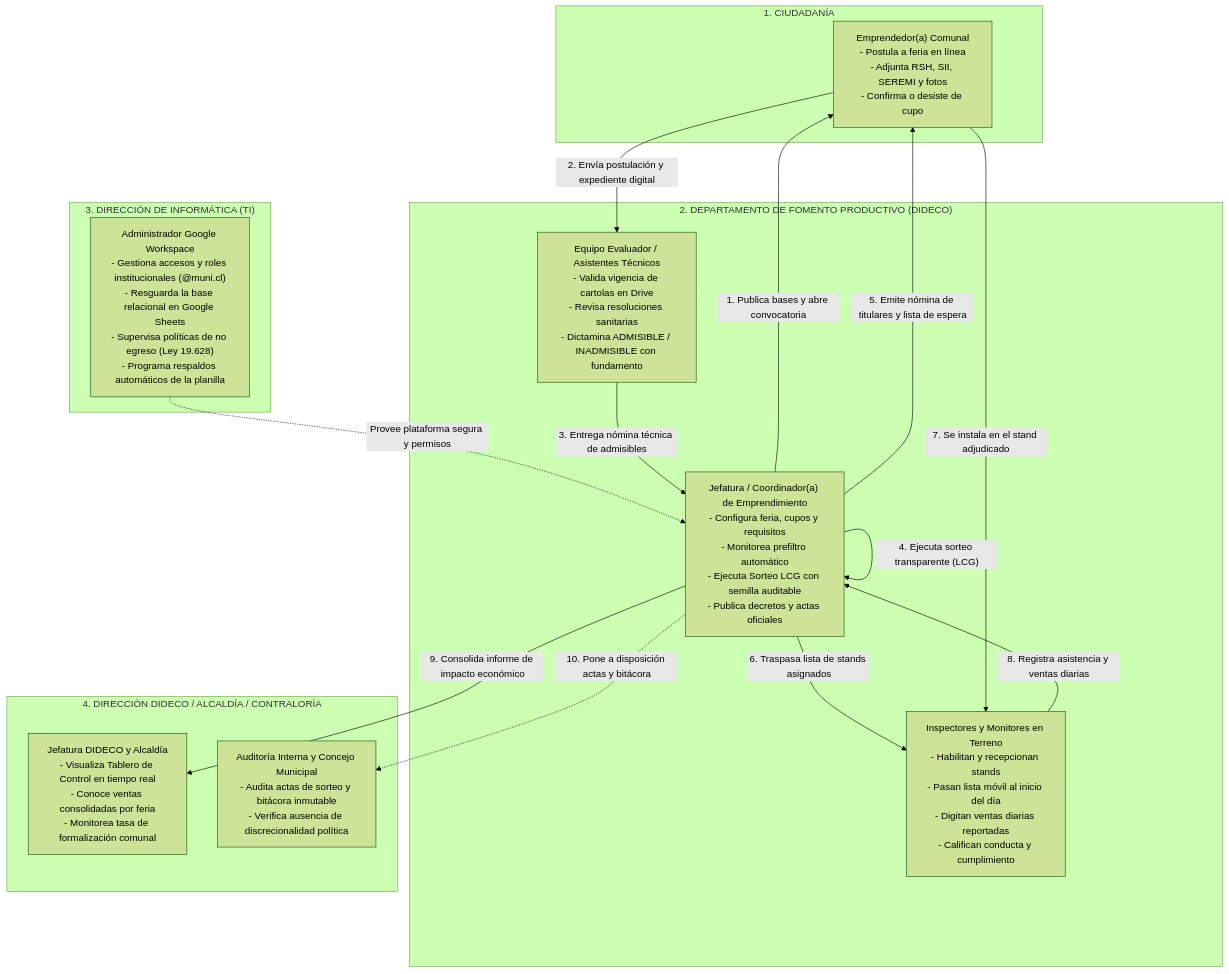
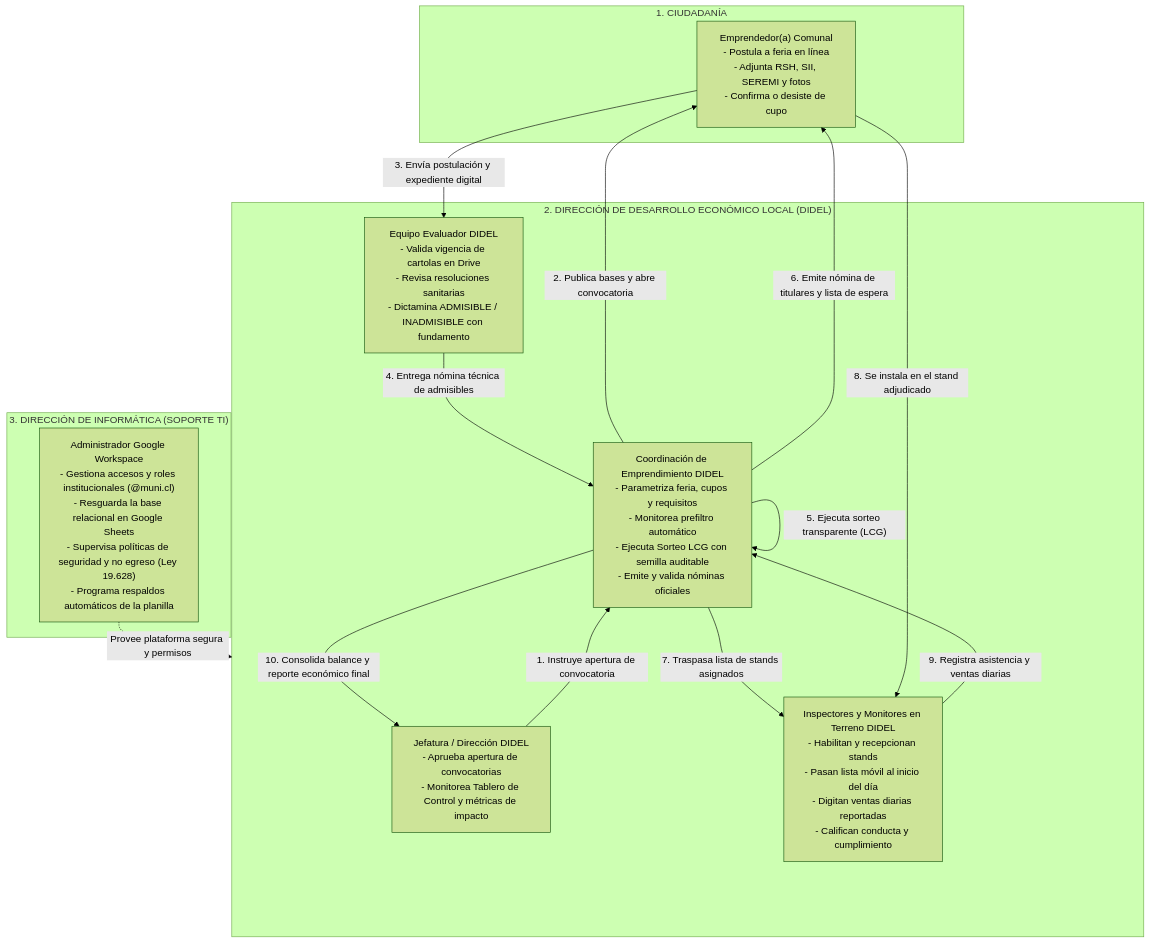
One commit to msegovia1/Proyecto-App-script-Emprendimiento changed the first of 2 diagrams in ENTREGA_INFORMATICA/05_ESPECIFICACION_FUNCIONAL_Y_ALCANCE_DEL_SISTEMA.md. Above: the diagram before and after it, drawn with Mermaid (forest theme). The commit also changed other lines of this file and 3 other files, not shown here.

Commit message:
refactor(docs): restringir alcance exclusivamente a DIDEL eliminando referencias a Alcaldia y Concejo

````diff
--- a/ENTREGA_INFORMATICA/05_ESPECIFICACION_FUNCIONAL_Y_ALCANCE_DEL_SISTEMA.md
+++ b/ENTREGA_INFORMATICA/05_ESPECIFICACION_FUNCIONAL_Y_ALCANCE_DEL_SISTEMA.md
@@ -184,34 +184,30 @@
 ```mermaid
 flowchart TD
     subgraph CIUDADANIA ["1. CIUDADANÍA"]
         C_POST["Emprendedor(a) Comunal<br/>- Postula a feria en línea<br/>- Adjunta RSH, SII, SEREMI y fotos<br/>- Confirma o desiste de cupo"]
     end
 
-    subgraph DEPARTAMENTO ["2. DEPARTAMENTO DE FOMENTO PRODUCTIVO (DIDECO)"]
-        D_COORD["Jefatura / Coordinador(a) de Emprendimiento<br/>- Configura feria, cupos y requisitos<br/>- Monitorea prefiltro automático<br/>- Ejecuta Sorteo LCG con semilla auditable<br/>- Publica decretos y actas oficiales"]
-        D_EVAL["Equipo Evaluador / Asistentes Técnicos<br/>- Valida vigencia de cartolas en Drive<br/>- Revisa resoluciones sanitarias<br/>- Dictamina ADMISIBLE / INADMISIBLE con fundamento"]
-        D_TERR["Inspectores y Monitores en Terreno<br/>- Habilitan y recepcionan stands<br/>- Pasan lista móvil al inicio del día<br/>- Digitan ventas diarias reportadas<br/>- Califican conducta y cumplimiento"]
+    subgraph DIDEL ["2. DIRECCIÓN DE DESARROLLO ECONÓMICO LOCAL (DIDEL)"]
+        D_DIR["Jefatura / Dirección DIDEL<br/>- Aprueba apertura de convocatorias<br/>- Monitorea Tablero de Control y métricas de impacto"]
+        D_COORD["Coordinación de Emprendimiento DIDEL<br/>- Parametriza feria, cupos y requisitos<br/>- Monitorea prefiltro automático<br/>- Ejecuta Sorteo LCG con semilla auditable<br/>- Emite y valida nóminas oficiales"]
+        D_EVAL["Equipo Evaluador DIDEL<br/>- Valida vigencia de cartolas en Drive<br/>- Revisa resoluciones sanitarias<br/>- Dictamina ADMISIBLE / INADMISIBLE con fundamento"]
+        D_TERR["Inspectores y Monitores en Terreno DIDEL<br/>- Habilitan y recepcionan stands<br/>- Pasan lista móvil al inicio del día<br/>- Digitan ventas diarias reportadas<br/>- Califican conducta y cumplimiento"]
     end
 
-    subgraph DIRECCION_INFORMATICA ["3. DIRECCIÓN DE INFORMÁTICA (TI)"]
-        TI_ADMIN["Administrador Google Workspace<br/>- Gestiona accesos y roles institucionales (@muni.cl)<br/>- Resguarda la base relacional en Google Sheets<br/>- Supervisa políticas de no egreso (Ley 19.628)<br/>- Programa respaldos automáticos de la planilla"]
+    subgraph DIRECCION_INFORMATICA ["3. DIRECCIÓN DE INFORMÁTICA (SOPORTE TI)"]
+        TI_ADMIN["Administrador Google Workspace<br/>- Gestiona accesos y roles institucionales (@muni.cl)<br/>- Resguarda la base relacional en Google Sheets<br/>- Supervisa políticas de seguridad y no egreso (Ley 19.628)<br/>- Programa respaldos automáticos de la planilla"]
     end
 
-    subgraph CONTROL_ALCALDIA ["4. DIRECCIÓN DIDECO / ALCALDÍA / CONTRALORÍA"]
-        ALC_REP["Jefatura DIDECO y Alcaldía<br/>- Visualiza Tablero de Control en tiempo real<br/>- Conoce ventas consolidadas por feria<br/>- Monitorea tasa de formalización comunal"]
-        CONT_AUD["Auditoría Interna y Concejo Municipal<br/>- Audita actas de sorteo y bitácora inmutable<br/>- Verifica ausencia de discrecionalidad política"]
-    end
-
-    %% Flujo de Operación
-    TI_ADMIN -.->|"Provee plataforma segura y permisos"| D_COORD
-    D_COORD -->|"1. Publica bases y abre convocatoria"| C_POST
-    C_POST -->|"2. Envía postulación y expediente digital"| D_EVAL
-    D_EVAL -->|"3. Entrega nómina técnica de admisibles"| D_COORD
-    D_COORD -->|"4. Ejecuta sorteo transparente (LCG)"| D_COORD
-    D_COORD -->|"5. Emite nómina de titulares y lista de espera"| C_POST
-    D_COORD -->|"6. Traspasa lista de stands asignados"| D_TERR
-    C_POST -->|"7. Se instala en el stand adjudicado"| D_TERR
-    D_TERR -->|"8. Registra asistencia y ventas diarias"| D_COORD
-    D_COORD -->|"9. Consolida informe de impacto económico"| ALC_REP
-    D_COORD -.->|"10. Pone a disposición actas y bitácora"| CONT_AUD
+    %% Flujo Operativo Exclusivo DIDEL
+    TI_ADMIN -.->|"Provee plataforma segura y permisos"| DIDEL
+    D_DIR -->|"1. Instruye apertura de convocatoria"| D_COORD
+    D_COORD -->|"2. Publica bases y abre convocatoria"| C_POST
+    C_POST -->|"3. Envía postulación y expediente digital"| D_EVAL
+    D_EVAL -->|"4. Entrega nómina técnica de admisibles"| D_COORD
+    D_COORD -->|"5. Ejecuta sorteo transparente (LCG)"| D_COORD
+    D_COORD -->|"6. Emite nómina de titulares y lista de espera"| C_POST
+    D_COORD -->|"7. Traspasa lista de stands asignados"| D_TERR
+    C_POST -->|"8. Se instala en el stand adjudicado"| D_TERR
+    D_TERR -->|"9. Registra asistencia y ventas diarias"| D_COORD
+    D_COORD -->|"10. Consolida balance y reporte económico final"| D_DIR
 ```
````
